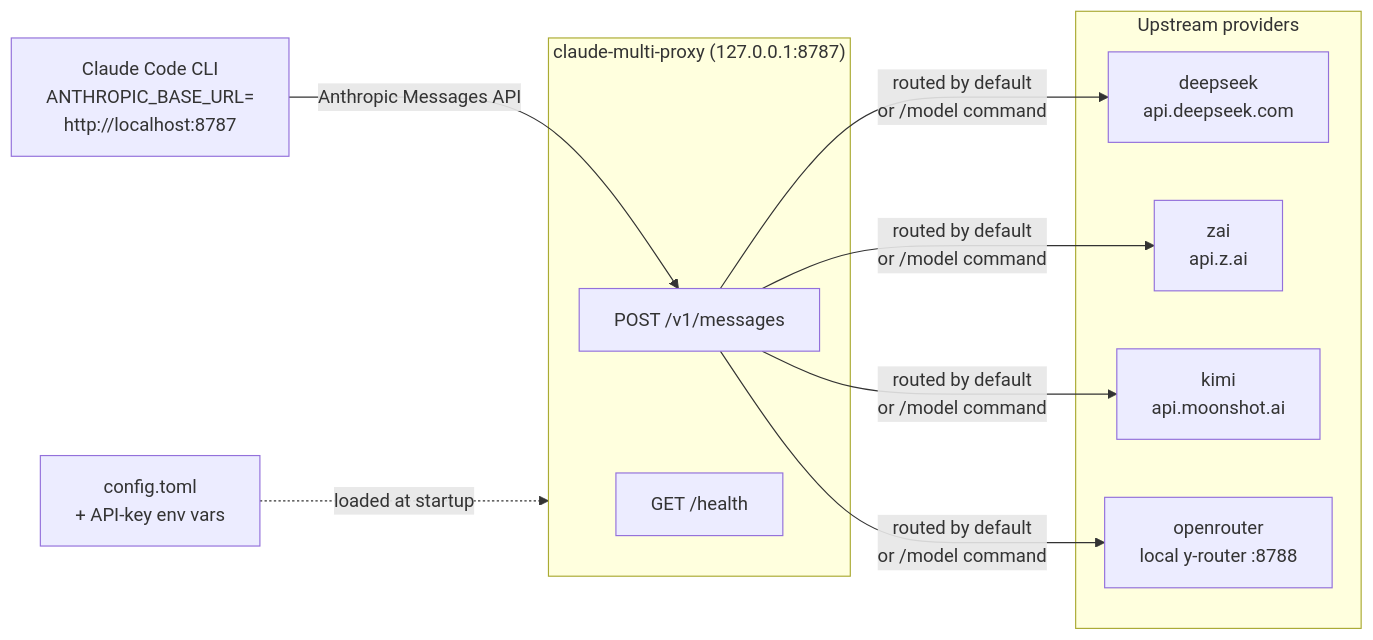
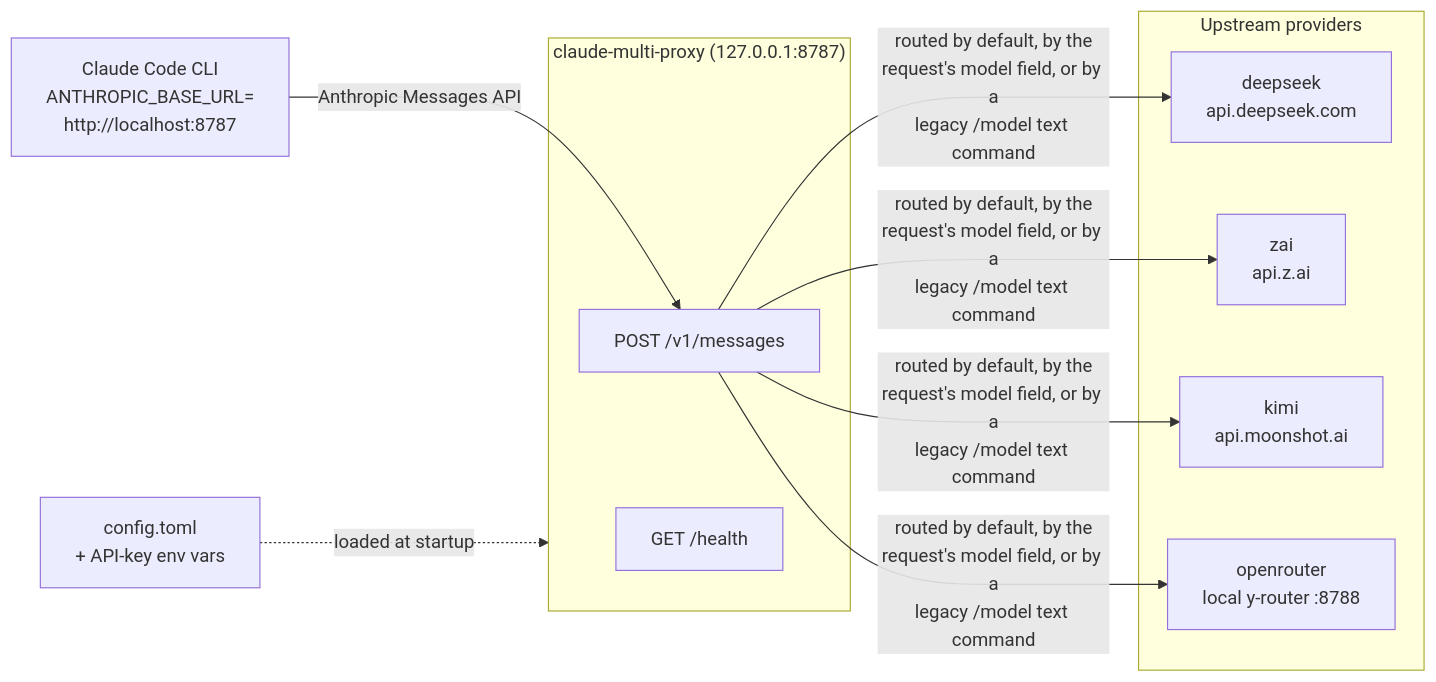
One commit to cyb5r67/Claude-Code-Multi-Provider-in-Rust changed the first of 8 diagrams in docs/ARCHITECTURE.md. Above: the diagram before and after it, drawn with Mermaid. The commit also changed other lines of this file and 2 other files, not shown here.

First line of the commit message:
Update docs for model-field routing; add user guide

````diff
--- a/docs/ARCHITECTURE.md
+++ b/docs/ARCHITECTURE.md
@@ -16,22 +16,22 @@
 ```mermaid
 flowchart LR
     CC["Claude Code CLI<br/>ANTHROPIC_BASE_URL=<br/>http://localhost:8787"]
 
     subgraph proxy["claude-multi-proxy (127.0.0.1:8787)"]
         H1["POST /v1/messages"]
         H2["GET /health"]
     end
 
     subgraph providers["Upstream providers"]
         P1["deepseek<br/>api.deepseek.com"]
         P2["zai<br/>api.z.ai"]
         P3["kimi<br/>api.moonshot.ai"]
         P4["openrouter<br/>local y-router :8788"]
     end
 
     CFG["config.toml<br/>+ API-key env vars"]
 
     CC -- "Anthropic Messages API" --> H1
     CFG -. "loaded at startup" .-> proxy
-    H1 -- "routed by default<br/>or /model command" --> P1 & P2 & P3 & P4
+    H1 -- "routed by default, by the<br/>request's model field, or by a<br/>legacy /model text command" --> P1 & P2 & P3 & P4
 ```
````
